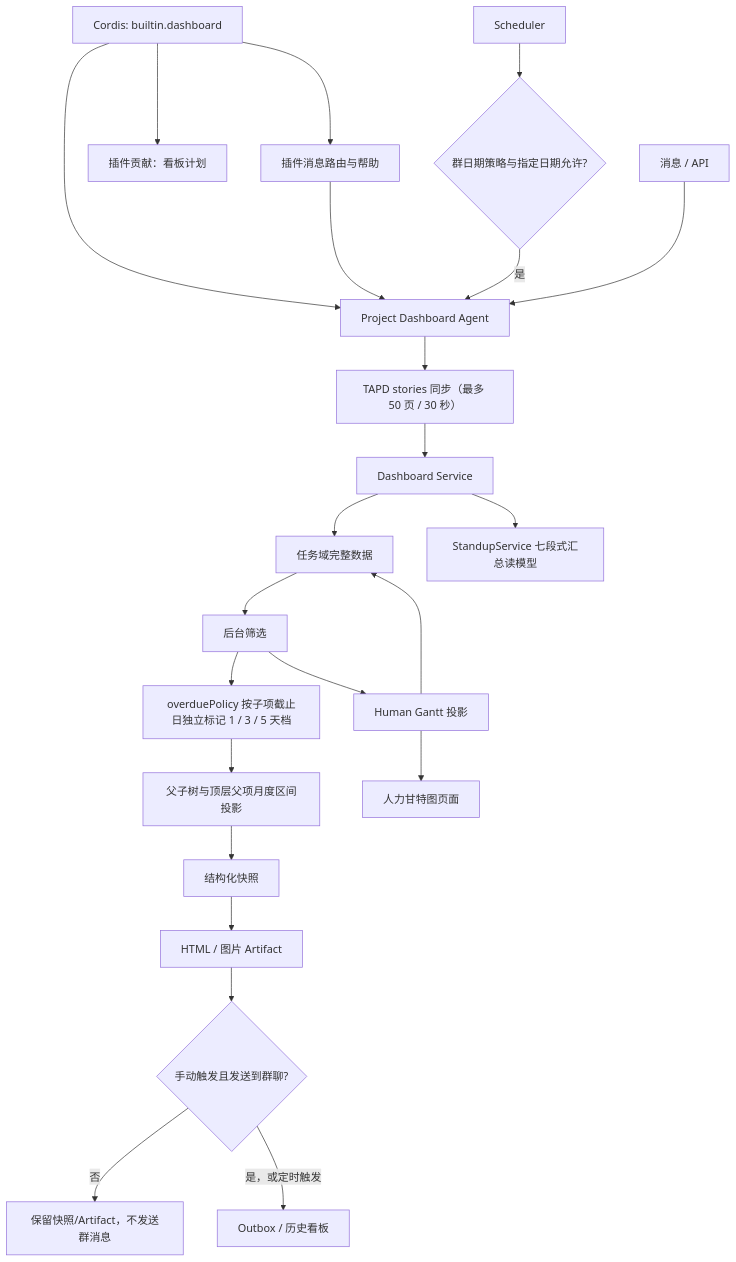
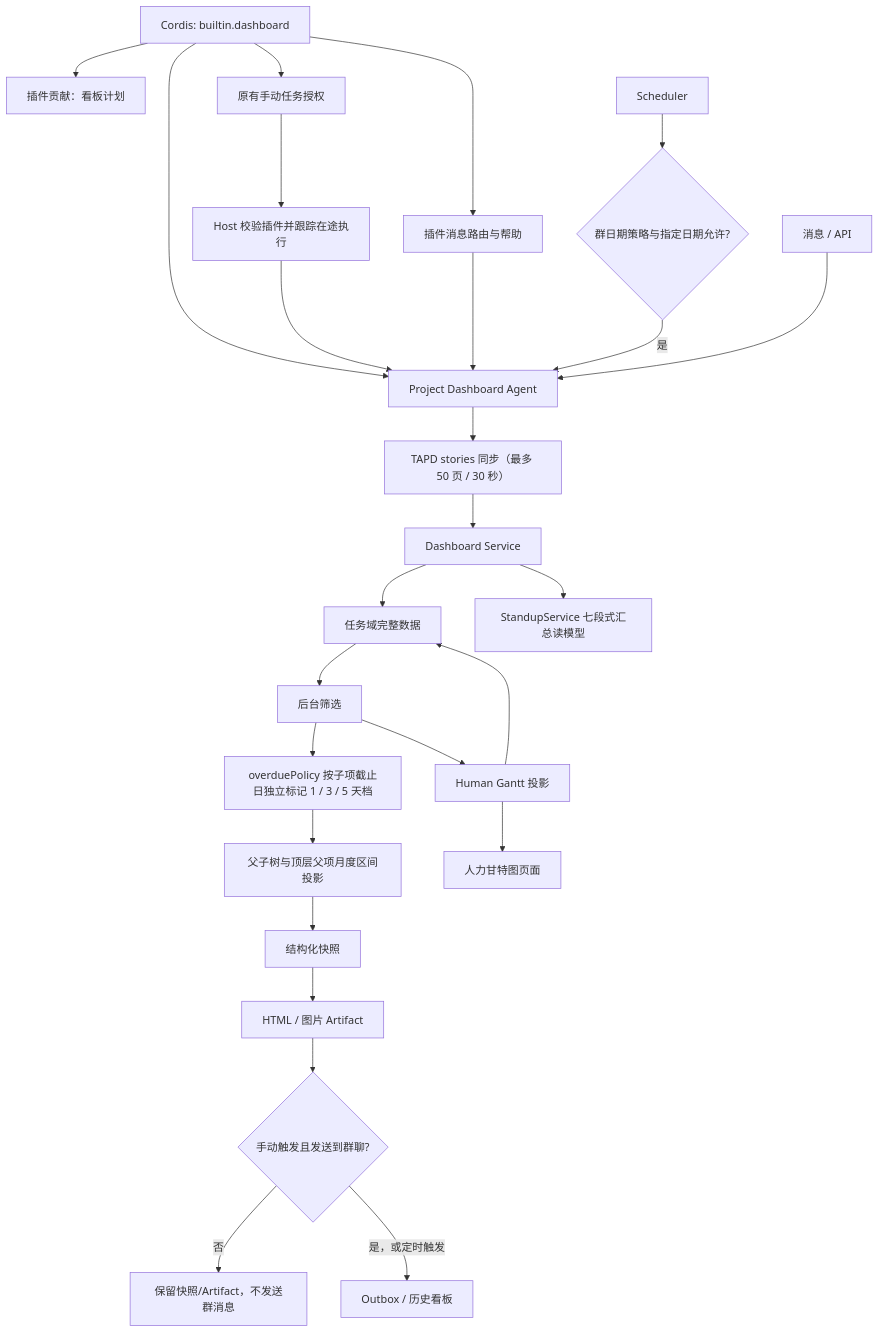
One commit to KlayPeter/AI-Delivery-Ops-Agent changed the diagram in backend/src/agents/native/project-dashboard/FEATURE.md. Above: the diagram before and after it, drawn with Mermaid. The commit also changed other lines of this file and 39 other files, not shown here.

````diff
--- a/backend/src/agents/native/project-dashboard/FEATURE.md
+++ b/backend/src/agents/native/project-dashboard/FEATURE.md
@@ -22,25 +22,28 @@
 ```mermaid
 flowchart TD
     PL["Cordis: builtin.dashboard"] --> B
     PL --> MR["插件消息路由与帮助"]
     PL --> GS["插件贡献：看板计划"]
+    PL --> MJ[原有手动任务授权]
+    MJ --> MG[Host 校验插件并跟踪在途执行]
+    MG --> B
     MR --> B
     SC["Scheduler"] --> HC{"群日期策略与指定日期允许?"}
     HC -- "是" --> B["Project Dashboard Agent"]
     A["消息 / API"] --> B
     B --> T["TAPD stories 同步（最多 50 页 / 30 秒）"]
     T --> C["Dashboard Service"]
     C --> D["任务域完整数据"]
     C --> S["StandupService 七段式汇总读模型"]
     D --> H["TaskService 父子层级投影：完成继承 + 转测阶段只读继承"]
     H --> O["overduePolicy 按子项截止日独立标记 1 / 3 / 5 天档"]
     O --> K["父子树与顶层父项月度区间投影"]
     K --> E["结构化快照"]
     E --> F["HTML / 图片 Artifact"]
     F --> P{"手动触发且发送到群聊?"}
     P -- "否" --> Q["保留快照/Artifact，不发送群消息"]
     P -- "是，或定时触发" --> G["Outbox / 历史看板"]
     H["后台筛选"] --> I["Human Gantt 投影"]
     I --> D
     I --> J["人力甘特图页面"]
 ```
````
